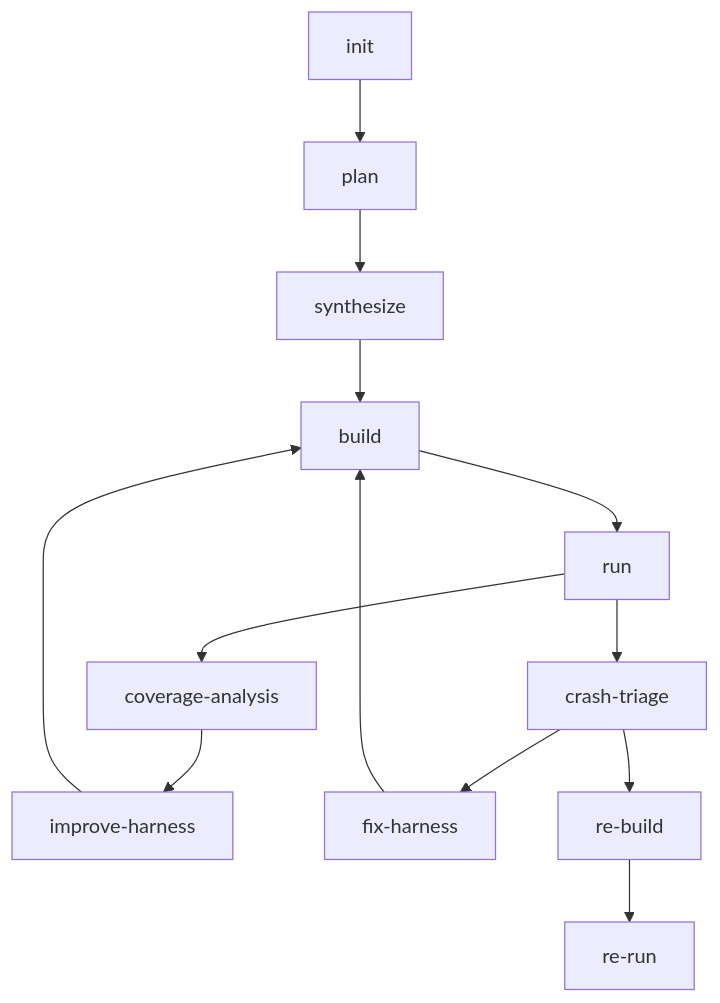
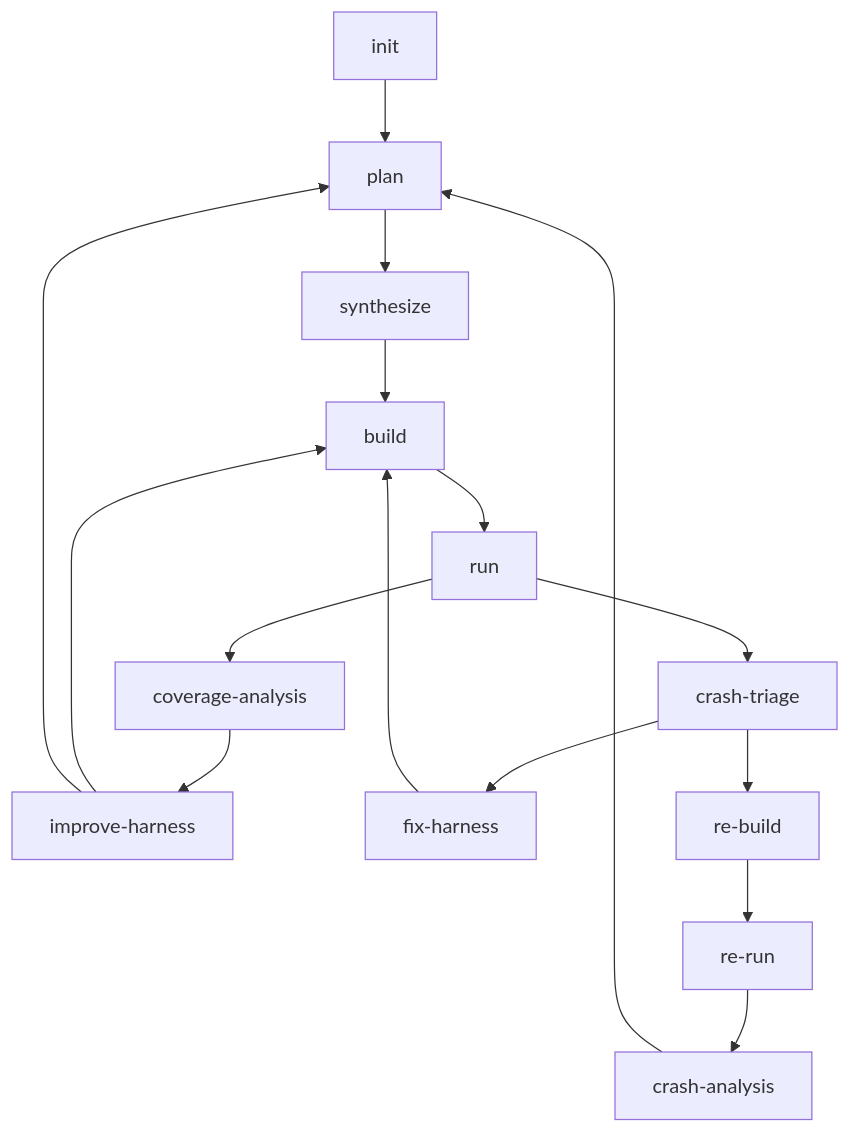
The second of 2 diagrams in README.md (ZUENS2020/Sherpa), drawn with Mermaid before and after one commit. The commit also changed other lines of this file and 30 other files, not shown here.

````diff
--- a/README.md
+++ b/README.md
@@ -40,15 +43,20 @@
 ```mermaid
 flowchart TD
   INIT["init"] --> PLAN["plan"]
   PLAN --> SYN["synthesize"]
   SYN --> BUILD["build"]
   BUILD --> RUN["run"]
+
   RUN --> CA["coverage-analysis"]
   CA --> IH["improve-harness"]
   IH --> BUILD
+  IH --> PLAN
+
   RUN --> TRIAGE["crash-triage"]
   TRIAGE --> FH["fix-harness"]
   FH --> BUILD
   TRIAGE --> RB["re-build"]
   RB --> RR["re-run"]
+  RR --> CAA["crash-analysis"]
+  CAA --> PLAN
 ```
````
